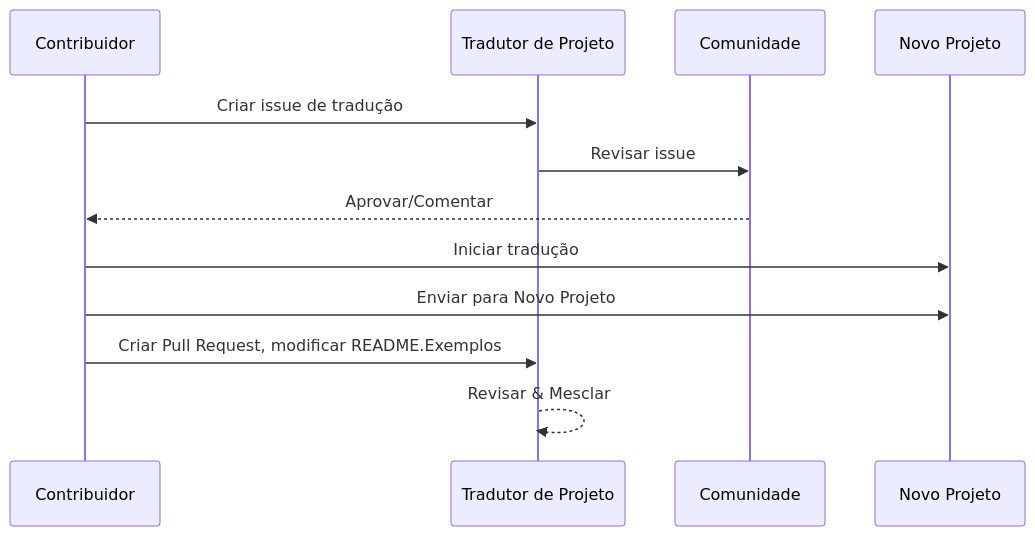
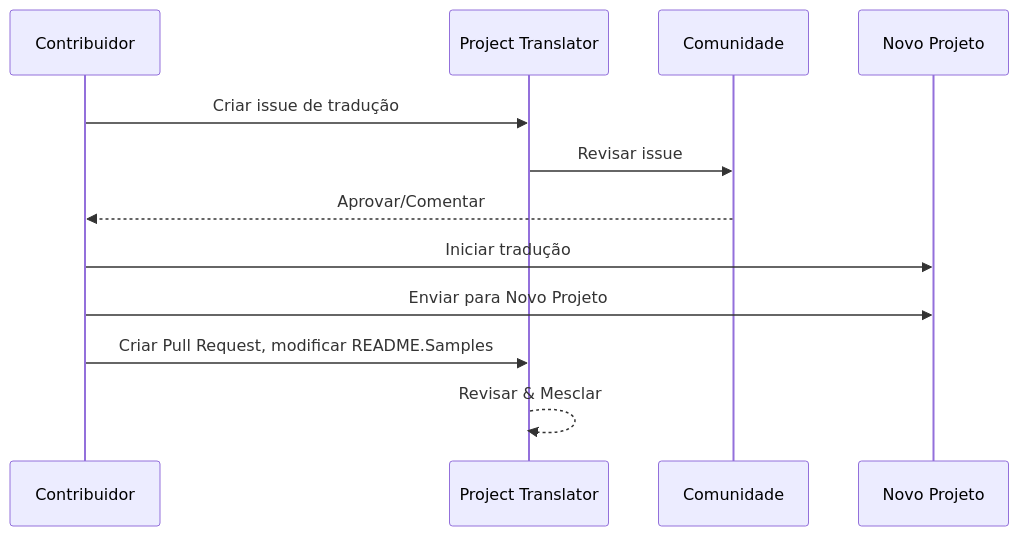
One commit to Project-Translation/project_translator changed the diagram in readmes/README.pt-br.md. Above: the diagram before and after it, drawn with Mermaid. The commit also changed other lines of this file and 22 other files, not shown here.

````diff
--- a/readmes/README.pt-br.md
+++ b/readmes/README.pt-br.md
@@ -65,10 +62,10 @@
 ```mermaid
 sequenceDiagram
-  Contribuidor->>Tradutor de Projeto: Criar issue de tradução
-  Tradutor de Projeto->>Comunidade: Revisar issue
+  Contribuidor->>Project Translator: Criar issue de tradução
+  Project Translator->>Comunidade: Revisar issue
   Comunidade-->>Contribuidor: Aprovar/Comentar
   Contribuidor->>Novo Projeto: Iniciar tradução
   Contribuidor->>Novo Projeto: Enviar para Novo Projeto
-  Contribuidor->>Tradutor de Projeto: Criar Pull Request, modificar README.Exemplos
-  Tradutor de Projeto-->>Tradutor de Projeto: Revisar & Mesclar
+  Contribuidor->>Project Translator: Criar Pull Request, modificar README.Samples
+  Project Translator-->>Project Translator: Revisar & Mesclar
 ```
````
